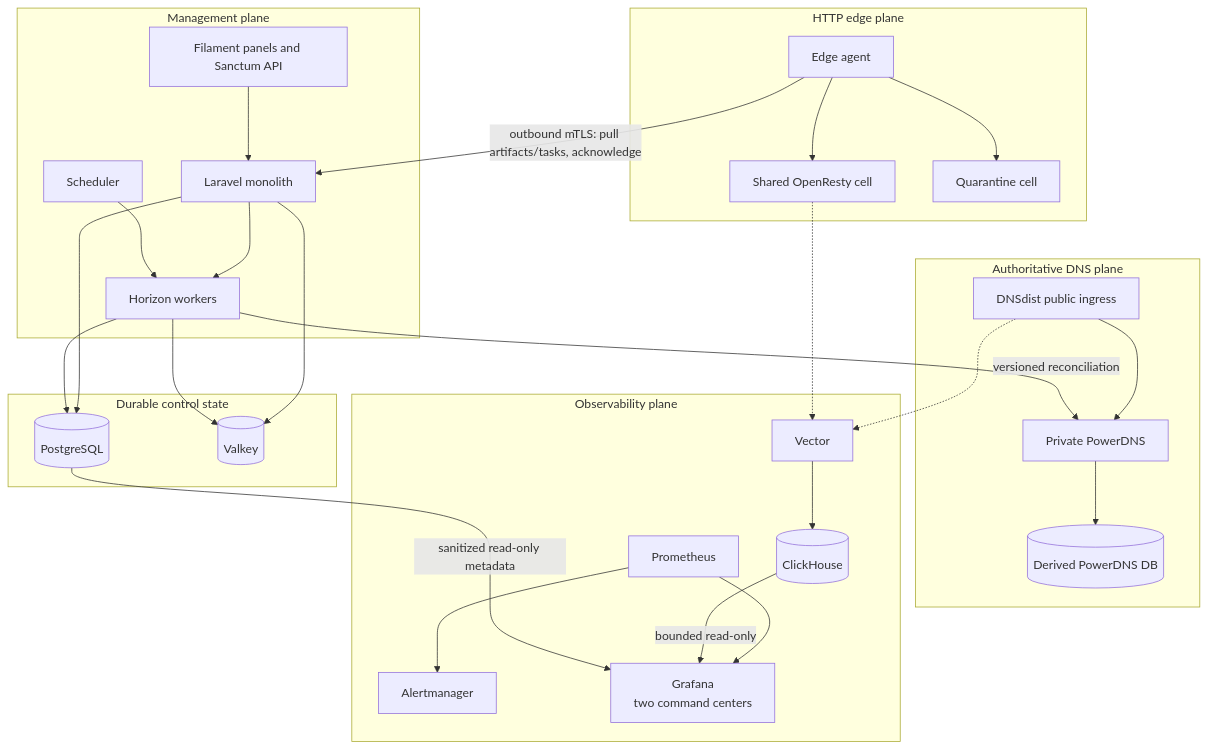
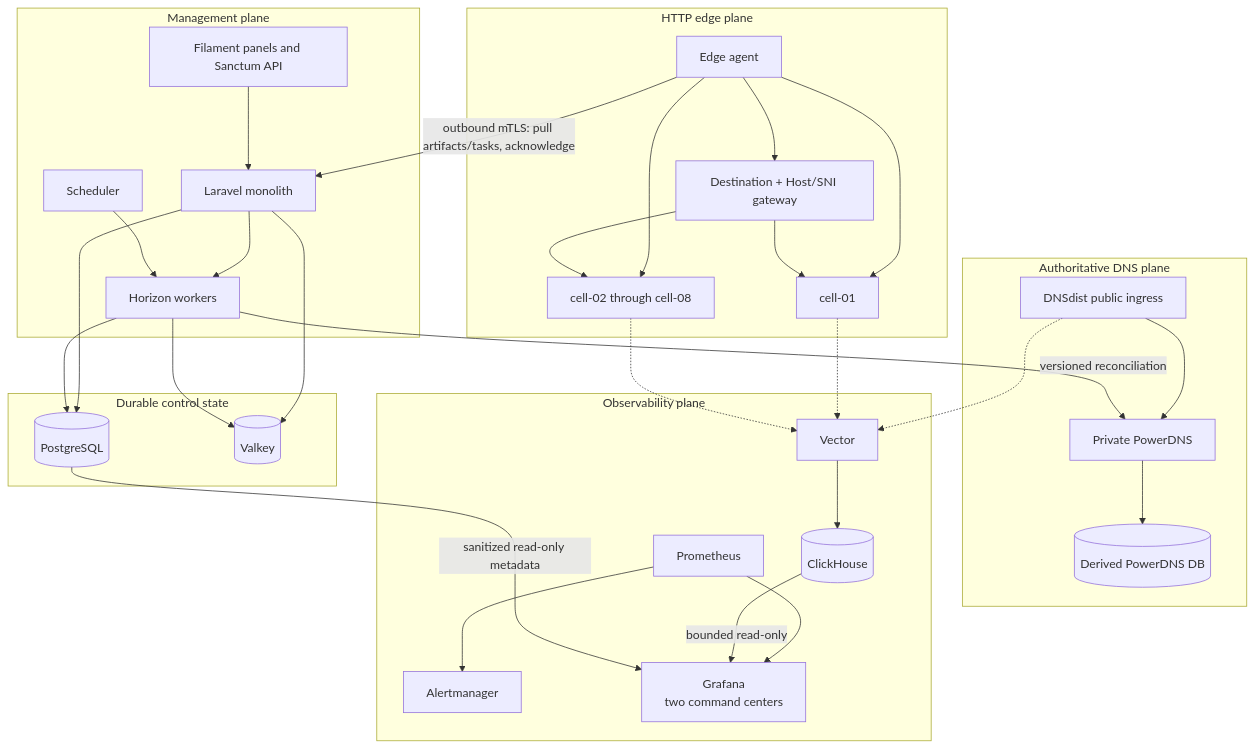
Before and after one commit to vaheed/CDNFoundry: the diagram in docs/architecture/index.md, drawn with Mermaid. The commit also changed other lines of this file and 73 other files, not shown here.

First line of the commit message:
Enhance documentation and code for edge agent and configuration management

````diff
--- a/docs/architecture/index.md
+++ b/docs/architecture/index.md
@@ -13,35 +13,39 @@
 ```mermaid
 flowchart TB
     subgraph Management["Management plane"]
       UI["Filament panels and Sanctum API"] --> Laravel["Laravel monolith"]
       Laravel --> Horizon["Horizon workers"]
       Scheduler["Scheduler"] --> Horizon
     end
     subgraph Durable["Durable control state"]
       PG[("PostgreSQL")]
       Valkey[("Valkey")]
     end
     subgraph DNS["Authoritative DNS plane"]
       DNSdist["DNSdist public ingress"] --> PowerDNS["Private PowerDNS"]
       PowerDNS --> PDNSDB[("Derived PowerDNS DB")]
     end
     subgraph Edge["HTTP edge plane"]
-      Agent["Edge agent"] --> Shared["Shared OpenResty cell"]
-      Agent --> Quarantine["Quarantine cell"]
+      Agent["Edge agent"] --> Gateway["Destination + Host/SNI gateway"]
+      Agent --> Cell1["cell-01"]
+      Agent --> Cell2["cell-02 through cell-08"]
+      Gateway --> Cell1
+      Gateway --> Cell2
     end
     subgraph Observe["Observability plane"]
       Vector["Vector"] --> ClickHouse[("ClickHouse")]
       Prometheus["Prometheus"] --> Alertmanager["Alertmanager"]
       Prometheus --> Grafana["Grafana<br/>two command centers"]
       ClickHouse -->|"bounded read-only"| Grafana
     end
     Laravel --> PG
     Horizon --> PG
     Laravel --> Valkey
     Horizon --> Valkey
     PG -->|"sanitized read-only metadata"| Grafana
     Horizon -->|"versioned reconciliation"| PowerDNS
     Agent -->|"outbound mTLS: pull artifacts/tasks, acknowledge"| Laravel
     DNSdist -.-> Vector
-    Shared -.-> Vector
+    Cell1 -.-> Vector
+    Cell2 -.-> Vector
 ```
````
